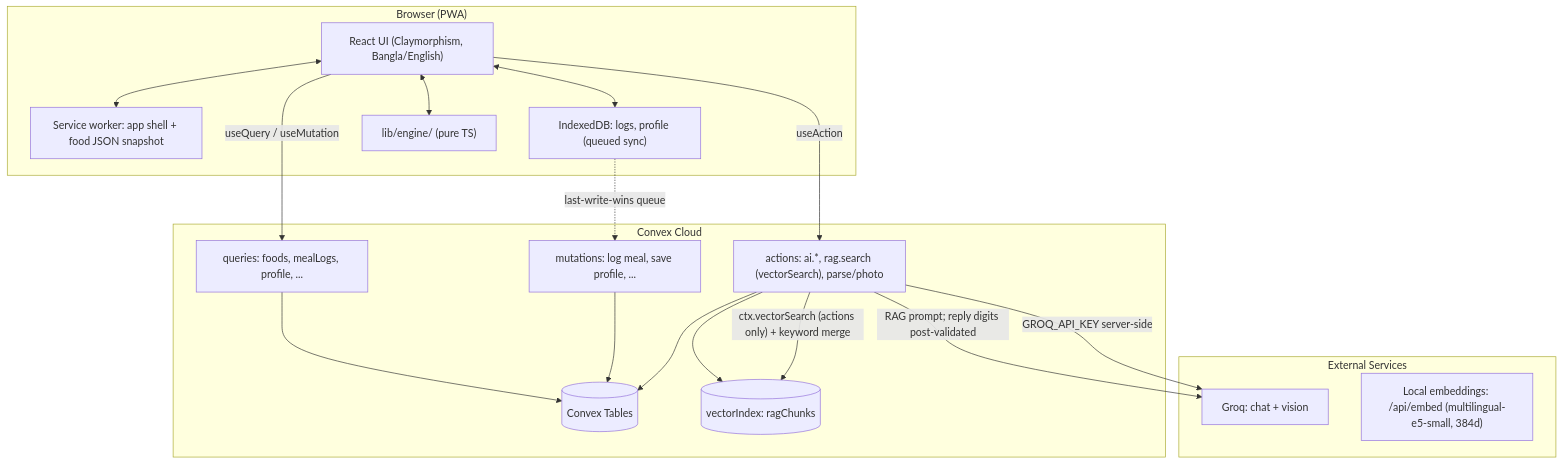
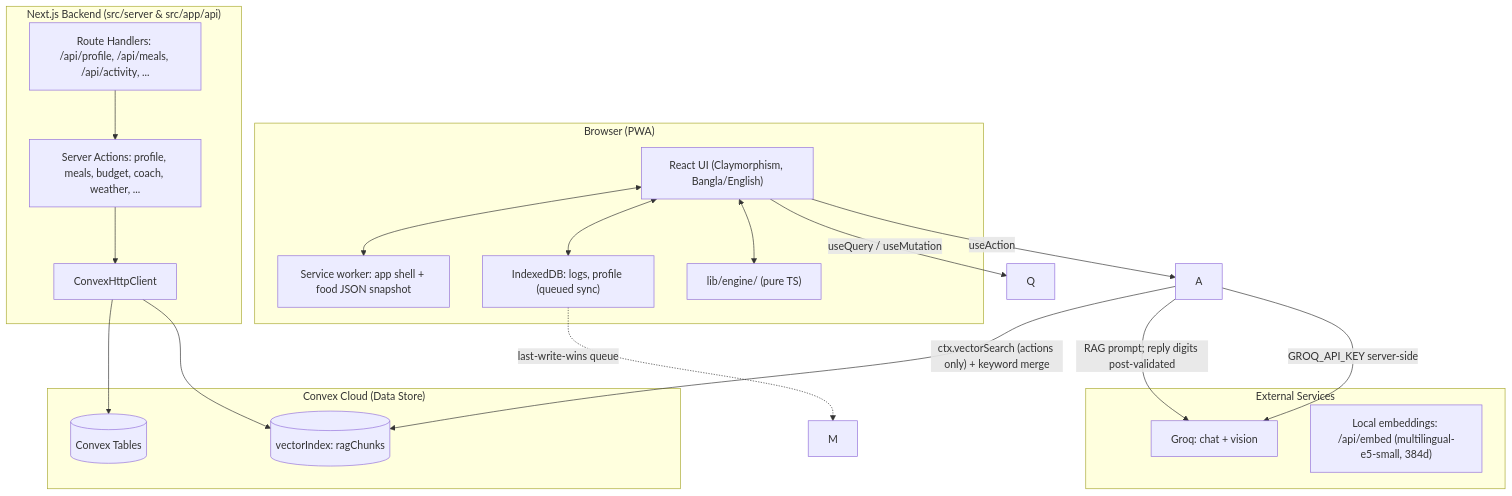
One commit to Moballig/habitforge changed the first of 5 diagrams in docs/ARCHITECTURE.md. Above: the diagram before and after it, drawn with Mermaid. The commit also changed 53 other files, not shown here.

First line of the commit message:
feat: add budget and meal tracking features

````diff
--- a/docs/ARCHITECTURE.md
+++ b/docs/ARCHITECTURE.md
@@ -14,36 +14,39 @@
 ```mermaid
 flowchart TB
     subgraph Client["Browser (PWA)"]
         UI["React UI (Claymorphism, Bangla/English)"]
         SW["Service worker: app shell + food JSON snapshot"]
         IDB["IndexedDB: logs, profile (queued sync)"]
         Eng["lib/engine/ (pure TS)"]
         UI <--> SW
         UI <--> IDB
         UI <--> Eng
     end
 
-    subgraph Convex["Convex Cloud"]
-        Q["queries: foods, mealLogs, profile, ..."]
-        M["mutations: log meal, save profile, ..."]
-        A["actions: ai.*, rag.search (vectorSearch), parse/photo"]
+    subgraph NextServer["Next.js Backend (src/server & src/app/api)"]
+        SA["Server Actions: profile, meals, budget, coach, weather, ..."]
+        RH["Route Handlers: /api/profile, /api/meals, /api/activity, ..."]
+        CHC["ConvexHttpClient"]
+        SA --> CHC
+        RH --> SA
+    end
+
+    subgraph Convex["Convex Cloud (Data Store)"]
         Tables[(Convex Tables)]
         VI[("vectorIndex: ragChunks")]
-        Q --> Tables
-        M --> Tables
-        A --> Tables
-        A --> VI
+        CHC --> Tables
+        CHC --> VI
     end
 
     subgraph External["External Services"]
         GroqAPI["Groq: chat + vision"]
         EmbedAPI["Local embeddings: /api/embed (multilingual-e5-small, 384d)"]
     end
 
     UI -- "useQuery / useMutation" --> Q
     UI -- "useAction" --> A
     A -- "ctx.vectorSearch (actions only) + keyword merge" --> VI
     A -- "RAG prompt; reply digits post-validated" --> GroqAPI
     A -- "GROQ_API_KEY server-side" --> GroqAPI
     IDB -. "last-write-wins queue" .-> M
 ```
````
